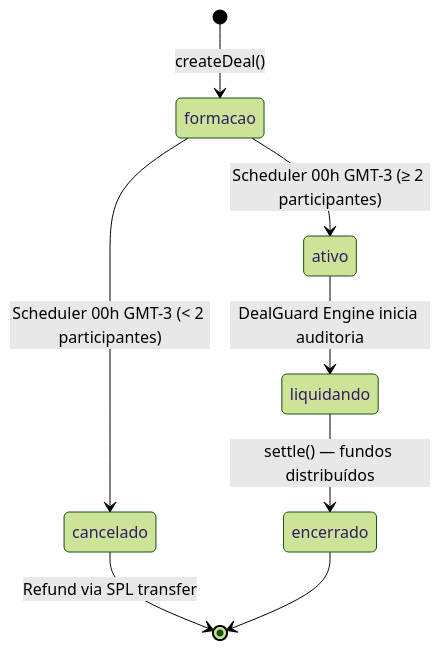
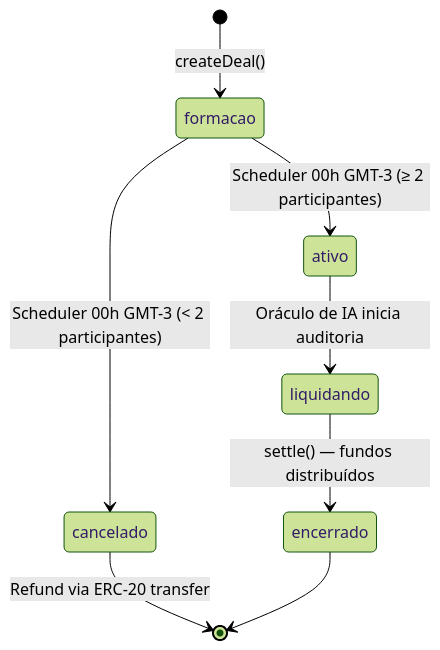
Before and after one commit to lkr0102/truedeal: the diagram in docs/audit-kit/CONTRACT_STATE_MACHINE.md, drawn with Mermaid (forest theme). The commit also changed other lines of this file and 3 other files, not shown here.

First line of the commit message:
docs: migrate all documentation to Mantle L2 EVM architecture

````diff
--- a/docs/audit-kit/CONTRACT_STATE_MACHINE.md
+++ b/docs/audit-kit/CONTRACT_STATE_MACHINE.md
@@ -25,10 +25,10 @@
 ```mermaid
 stateDiagram-v2
     [*] --> formacao: createDeal()
     formacao --> ativo: Scheduler 00h GMT-3 (≥ 2 participantes)
     formacao --> cancelado: Scheduler 00h GMT-3 (< 2 participantes)
-    ativo --> liquidando: DealGuard Engine inicia auditoria
+    ativo --> liquidando: Oráculo de IA inicia auditoria
     liquidando --> encerrado: settle() — fundos distribuídos
-    cancelado --> [*]: Refund via SPL transfer
+    cancelado --> [*]: Refund via ERC-20 transfer
     encerrado --> [*]
 ```
````
